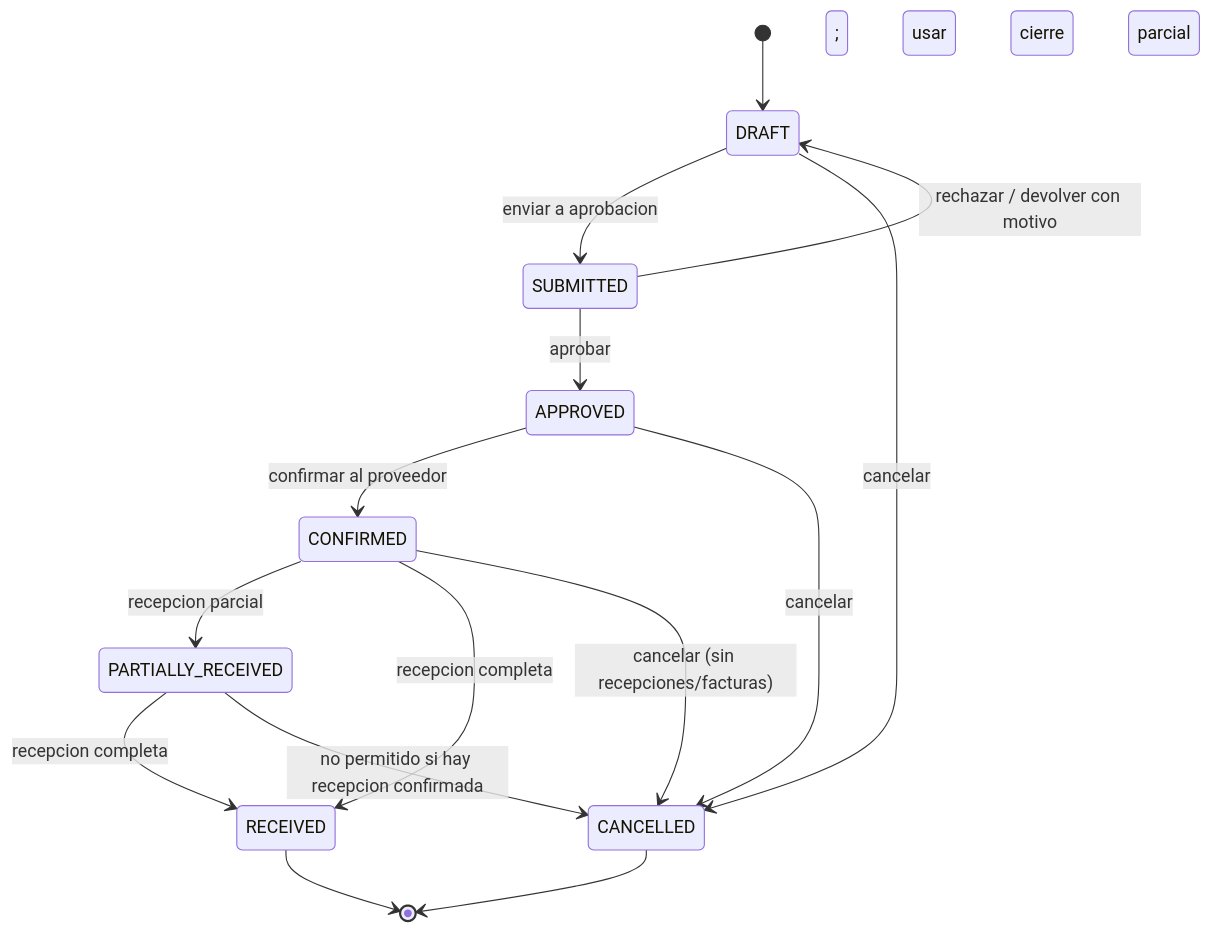
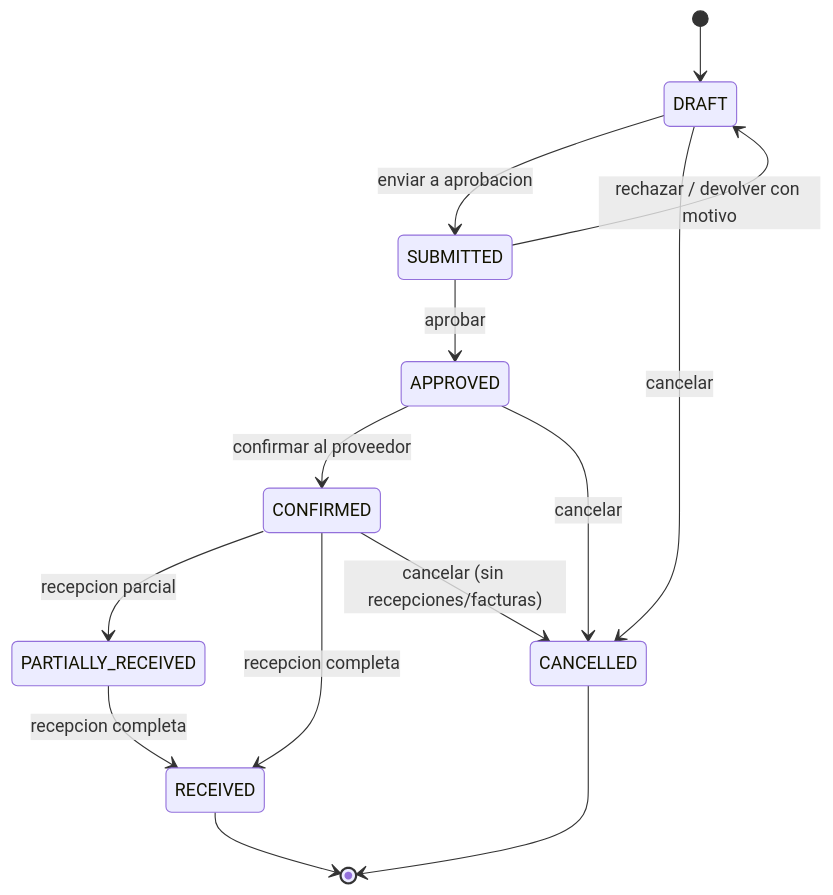
The seventh of 30 diagrams in docs/bloqer2.0/01-domain/STATE_MACHINES.md (simonbravin/bloqer-v2), drawn with Mermaid before and after one commit. The commit also changed other lines of this file and 263 other files, not shown here.

````diff
--- a/docs/bloqer2.0/01-domain/STATE_MACHINES.md
+++ b/docs/bloqer2.0/01-domain/STATE_MACHINES.md
@@ -253,17 +253,17 @@
 ```mermaid
 stateDiagram-v2
   [*] --> DRAFT
   DRAFT --> SUBMITTED : enviar a aprobacion
   DRAFT --> CANCELLED : cancelar
   SUBMITTED --> APPROVED : aprobar
   SUBMITTED --> DRAFT : rechazar / devolver con motivo
   APPROVED --> CONFIRMED : confirmar al proveedor
   APPROVED --> CANCELLED : cancelar
   CONFIRMED --> PARTIALLY_RECEIVED : recepcion parcial
   CONFIRMED --> RECEIVED : recepcion completa
   CONFIRMED --> CANCELLED : cancelar (sin recepciones/facturas)
   PARTIALLY_RECEIVED --> RECEIVED : recepcion completa
-  PARTIALLY_RECEIVED --> CANCELLED : no permitido si hay recepcion confirmada; usar cierre parcial
+  %% Con recepción confirmada no hay transición a CANCELLED; cierre parcial pendiente D-128.
   RECEIVED --> [*]
   CANCELLED --> [*]
 ```
````
